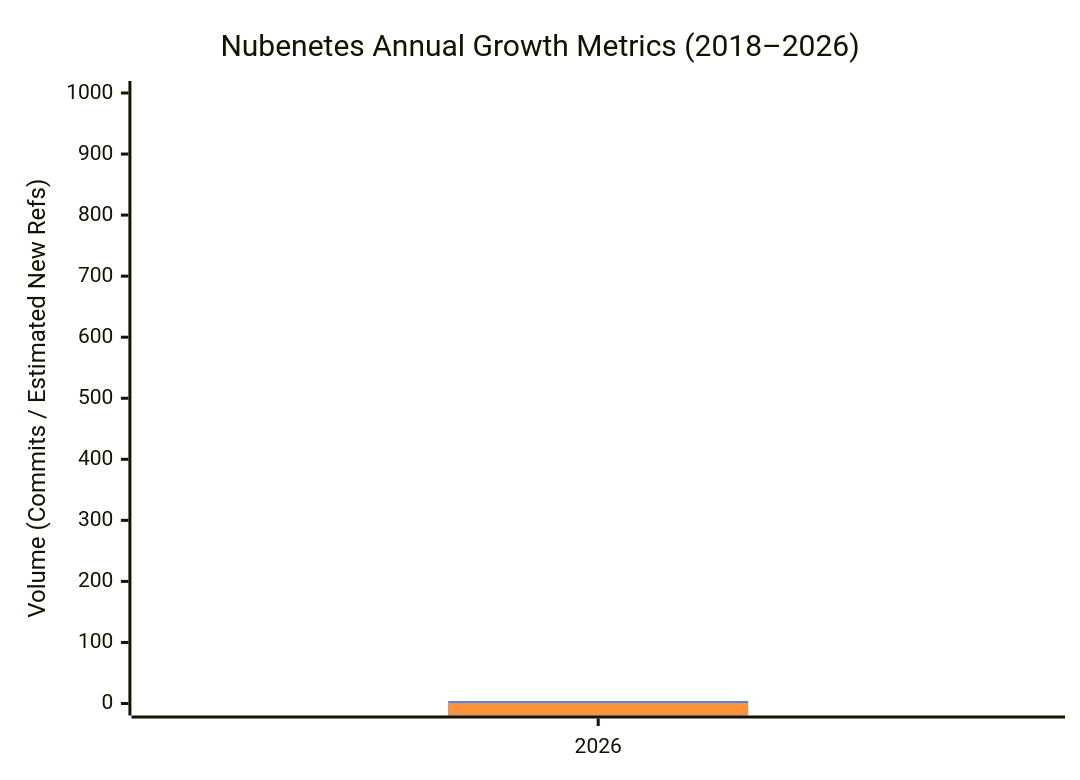
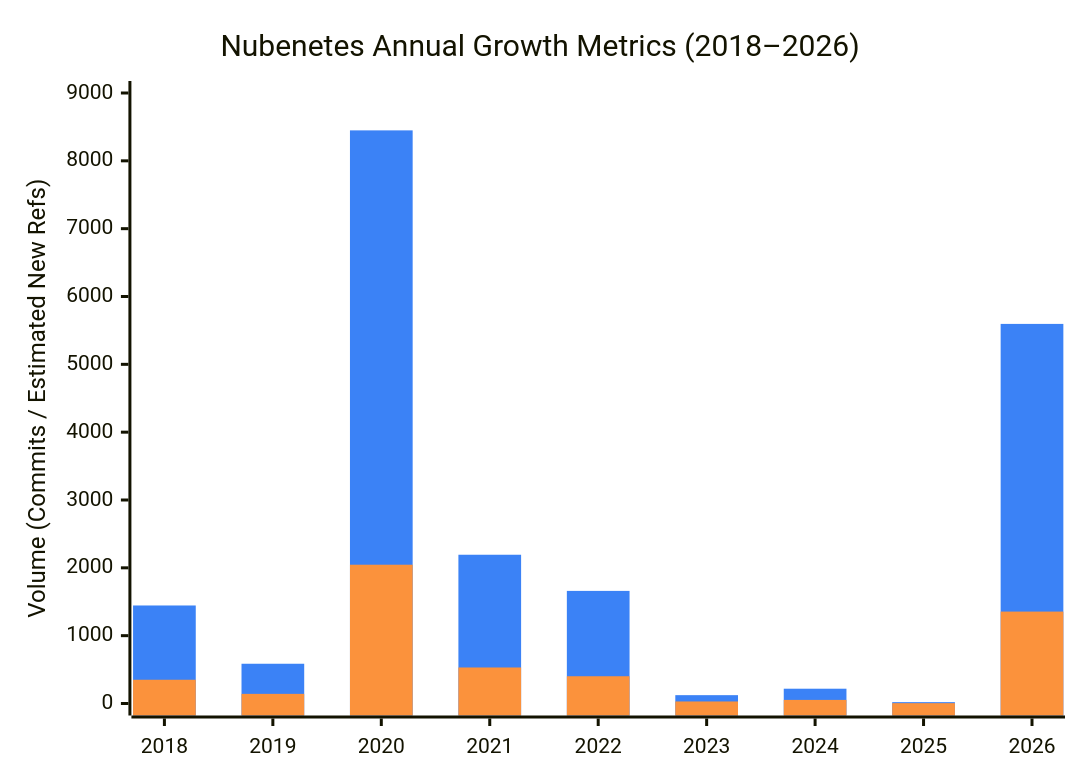
Before and after one commit to sec-js/awesome-kubernetes: the first of 10 diagrams in README.md, drawn with Mermaid. The commit also changed other lines of this file, not shown here.

````diff
--- a/README.md
+++ b/README.md
@@ -176,15 +184,15 @@
 ```mermaid
 ---
 config:
   themeVariables:
     xyChart:
       plotColorPalette: '#3b82f6, #fb923c'
   theme: mc
 ---
 xychart-beta
     title "Nubenetes Annual Growth Metrics (2018–2026)"
-    x-axis ["2026"]
-    y-axis "Volume (Commits / Estimated New Refs)" 0 --> 1000
-    bar [4]
-    bar [1]
+    x-axis ["2018", "2019", "2020", "2021", "2022", "2023", "2024", "2025", "2026"]
+    y-axis "Volume (Commits / Estimated New Refs)" 0 --> 9000
+    bar [1445, 586, 8449, 2193, 1660, 123, 218, 20, 5596]
+    bar [350, 142, 2046, 531, 402, 30, 53, 5, 1355]
 ```
````
